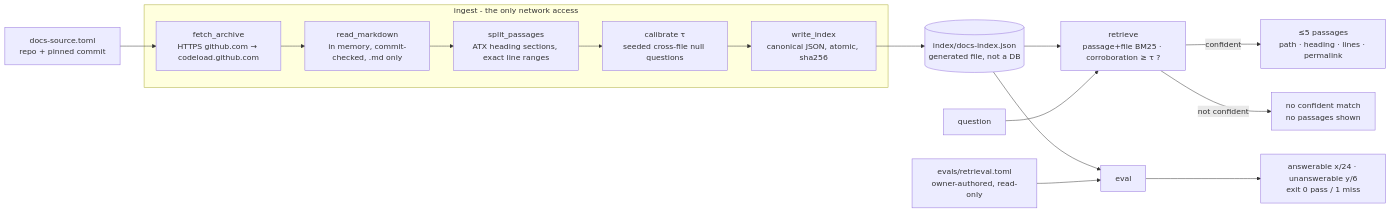
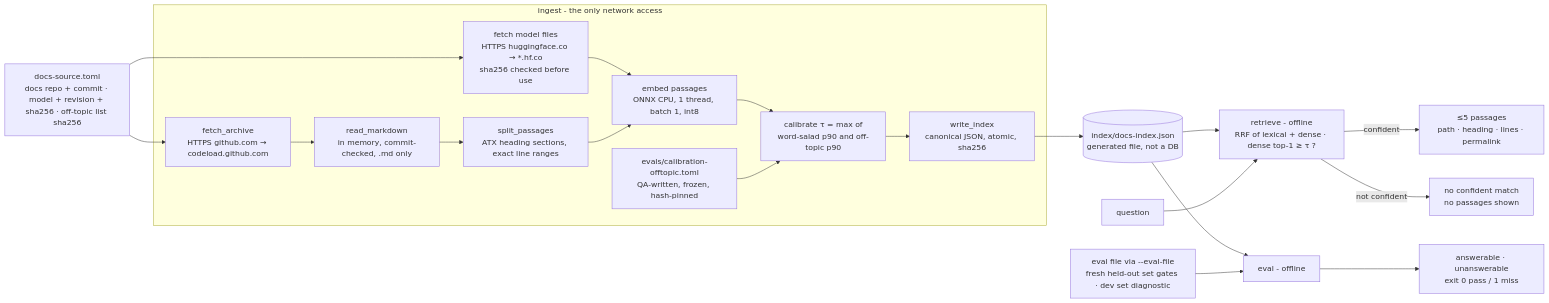
The diagram in docs/ARCHITECTURE.md (gpatwa/aveto-support), drawn with Mermaid before and after one commit. The commit also changed other lines of this file and 5 other files, not shown here.

Commit message:
docs-retrieval: ADR 0003 and architecture doc for embed-v3; spend 571k

````diff
--- a/docs/ARCHITECTURE.md
+++ b/docs/ARCHITECTURE.md
@@ -42,18 +60,22 @@
 ```mermaid
 flowchart LR
-  cfg[docs-source.toml<br/>repo + pinned commit] --> fetch
+  cfg[docs-source.toml<br/>docs repo + commit · model + revision + sha256 · off-topic list sha256] --> fetch
+  cfg --> mfetch
   subgraph ingest [ingest - the only network access]
     fetch[fetch_archive<br/>HTTPS github.com → codeload.github.com] --> read[read_markdown<br/>in memory, commit-checked, .md only]
+    mfetch[fetch model files<br/>HTTPS huggingface.co → *.hf.co<br/>sha256 checked before use] --> emb
     read --> split[split_passages<br/>ATX heading sections, exact line ranges]
-    split --> cal[calibrate τ<br/>seeded cross-file null questions]
+    split --> emb[embed passages<br/>ONNX CPU, 1 thread, batch 1, int8]
+    emb --> cal[calibrate τ = max of<br/>word-salad p90 and off-topic p90]
+    off[evals/calibration-offtopic.toml<br/>QA-written, frozen, hash-pinned] --> cal
     cal --> write[write_index<br/>canonical JSON, atomic, sha256]
   end
   write --> idx[(index/docs-index.json<br/>generated file, not a DB)]
   idx --> retrieve
-  q[question] --> retrieve[retrieve<br/>passage+file BM25 · corroboration ≥ τ ?]
+  q[question] --> retrieve[retrieve - offline<br/>RRF of lexical + dense · dense top-1 ≥ τ ?]
   retrieve -->|confident| hits[≤5 passages<br/>path · heading · lines · permalink]
   retrieve -->|not confident| none[no confident match<br/>no passages shown]
-  idx --> evalc[eval]
-  evals[evals/retrieval.toml<br/>owner-authored, read-only] --> evalc
-  evalc --> score[answerable x/24 · unanswerable y/6<br/>exit 0 pass / 1 miss]
+  idx --> evalc[eval - offline]
+  evals[eval file via --eval-file<br/>fresh held-out set gates · dev set diagnostic] --> evalc
+  evalc --> score[answerable · unanswerable<br/>exit 0 pass / 1 miss]
 ```
````
